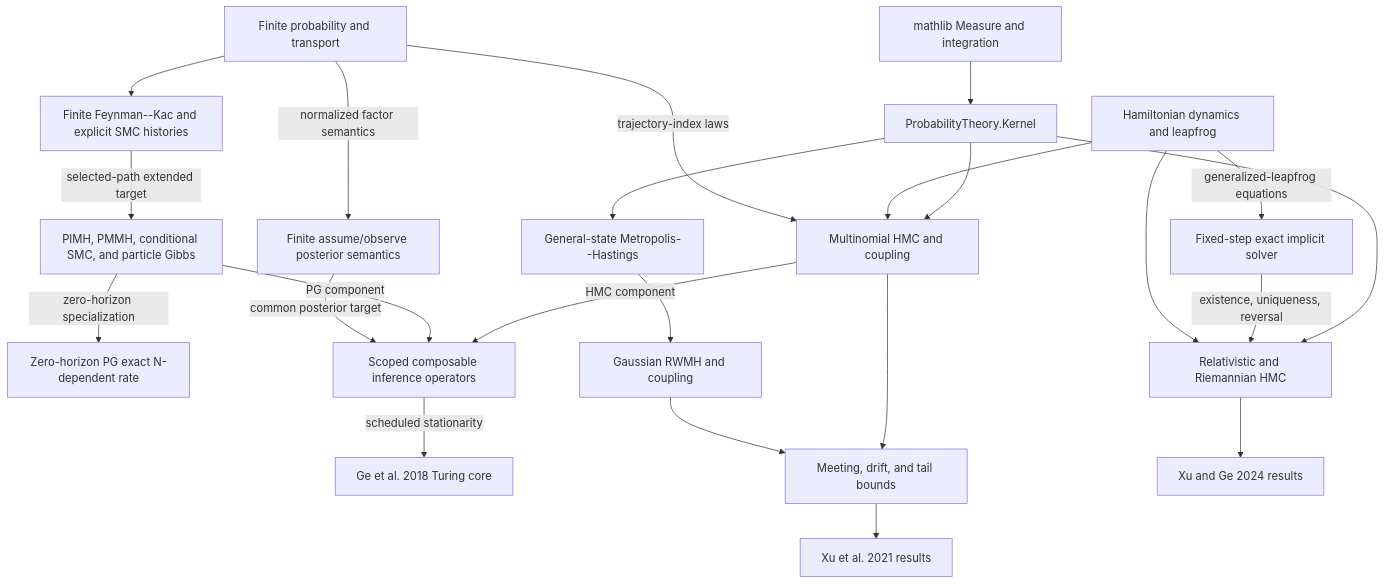
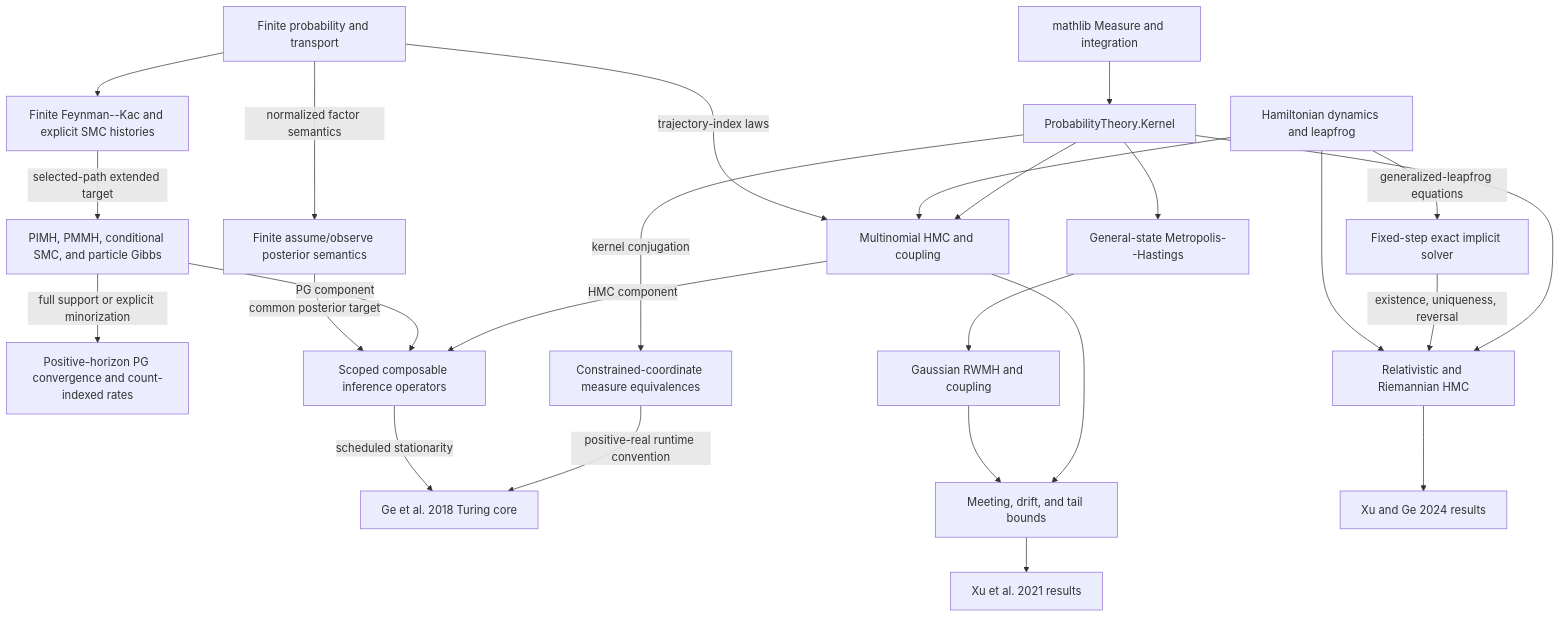
The first of 2 diagrams in docs/generated/architecture-graphs.md (xukai92/mcmc-lean), drawn with Mermaid before and after one commit. The commit also changed other lines of this file and 1 other file, not shown here.

Commit message:
reconcile generated architecture graphs

````diff
--- a/docs/generated/architecture-graphs.md
+++ b/docs/generated/architecture-graphs.md
@@ -9,43 +9,46 @@
 ```mermaid
 flowchart TB
   measure["mathlib Measure and integration"]
   kernel["ProbabilityTheory.Kernel"]
   finite["Finite probability and transport"]
   smc["Finite Feynman--Kac and explicit SMC histories"]
   pmcmc["PIMH, PMMH, conditional SMC, and particle Gibbs"]
-  pgRate["Zero-horizon PG exact N-dependent rate"]
+  pgRate["Positive-horizon PG convergence and count-indexed rates"]
   trace["Finite assume/observe posterior semantics"]
   composable["Scoped composable inference operators"]
   ge18["Ge et al. 2018 Turing core"]
+  transform["Constrained-coordinate measure equivalences"]
   mh["General-state Metropolis--Hastings"]
   rwmh["Gaussian RWMH and coupling"]
   dynamics["Hamiltonian dynamics and leapfrog"]
   implicit["Fixed-step exact implicit solver"]
   hmc["Multinomial HMC and coupling"]
   meeting["Meeting, drift, and tail bounds"]
   xu21["Xu et al. 2021 results"]
   relativistic["Relativistic and Riemannian HMC"]
   xu24["Xu and Ge 2024 results"]
   measure --> kernel
   kernel --> mh
   finite -->|trajectory-index laws| hmc
   finite --> smc
   smc -->|selected-path extended target| pmcmc
-  pmcmc -->|zero-horizon specialization| pgRate
+  pmcmc -->|full support or explicit minorization| pgRate
   finite -->|normalized factor semantics| trace
   trace -->|common posterior target| composable
   pmcmc -->|PG component| composable
   mh --> rwmh
   dynamics --> hmc
   kernel --> hmc
   hmc -->|HMC component| composable
   composable -->|scheduled stationarity| ge18
+  kernel -->|kernel conjugation| transform
+  transform -->|positive-real runtime convention| ge18
   rwmh --> meeting
   hmc --> meeting
   meeting --> xu21
   dynamics --> relativistic
   dynamics -->|generalized-leapfrog equations| implicit
   implicit -->|existence, uniqueness, reversal| relativistic
   kernel --> relativistic
   relativistic --> xu24
 ```
````
